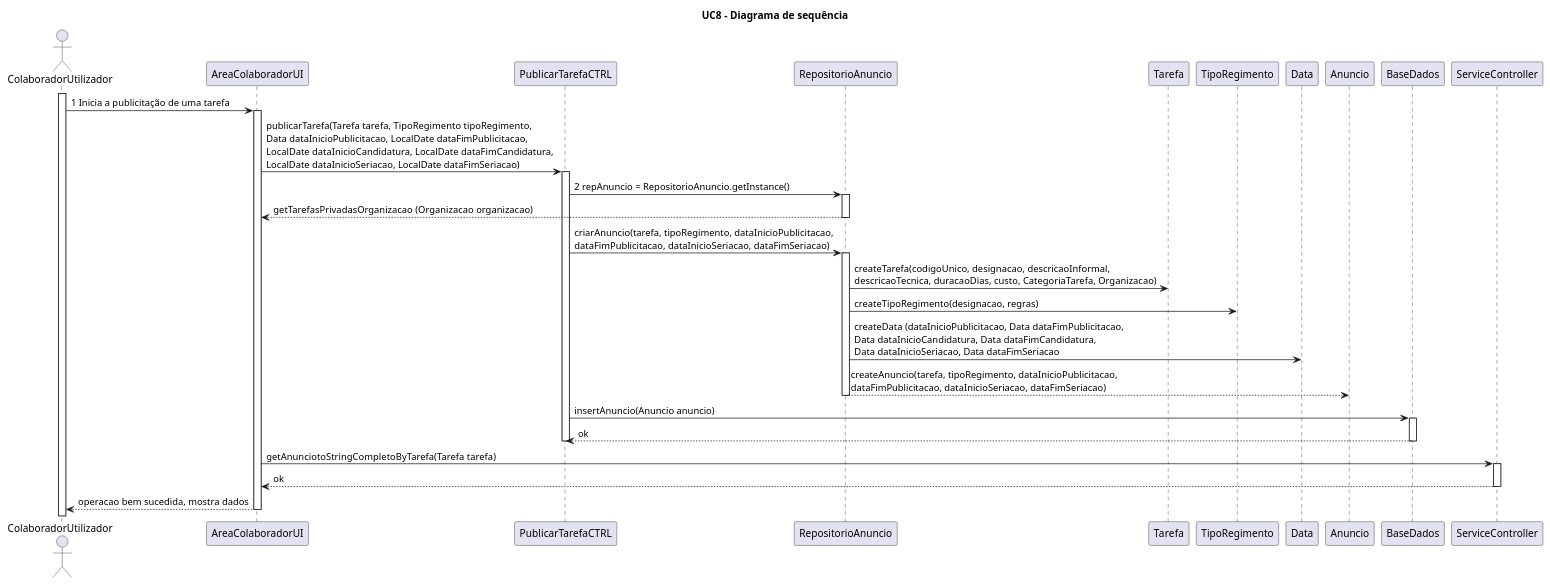
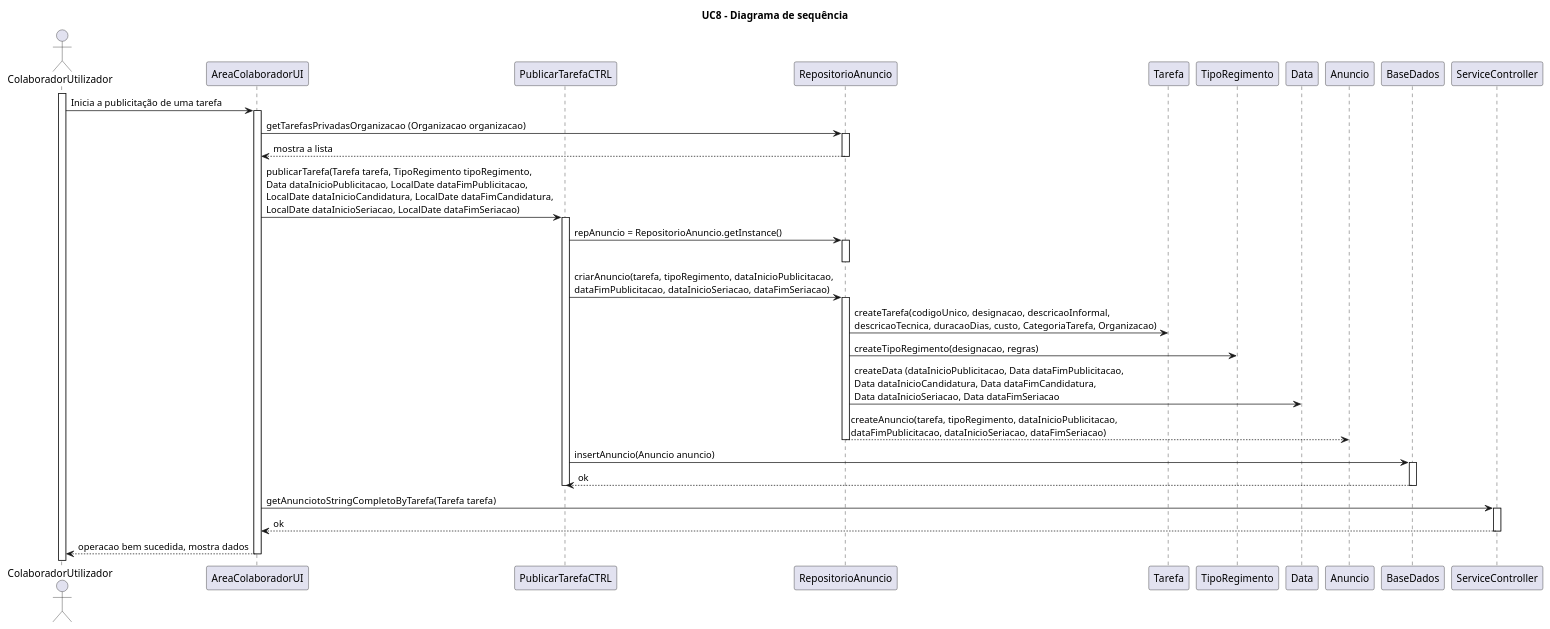
The diagram in Análise/UC8_Publicar_Tarefa/UC8_SD/UC8_DS/UC8_DS.wsd (pedro-miguez/upskill_java1_labprg_grupo3), drawn with PlantUML before and after one commit. The commit also changed 10 other files, not shown here.

```diff
--- a/Análise/UC8_Publicar_Tarefa/UC8_SD/UC8_DS/UC8_DS.wsd
+++ b/Análise/UC8_Publicar_Tarefa/UC8_SD/UC8_DS/UC8_DS.wsd
@@ -1,41 +1,44 @@
 @startuml
 
 title UC8 - Diagrama de sequência
 
 actor ColaboradorUtilizador
 participant AreaColaboradorUI
 participant PublicarTarefaCTRL
 
 activate ColaboradorUtilizador
-ColaboradorUtilizador -> AreaColaboradorUI: 1 Inicia a publicitação de uma tarefa
+ColaboradorUtilizador -> AreaColaboradorUI: Inicia a publicitação de uma tarefa
 activate AreaColaboradorUI
+AreaColaboradorUI -> RepositorioAnuncio : getTarefasPrivadasOrganizacao (Organizacao organizacao)
+activate RepositorioAnuncio
+RepositorioAnuncio --> AreaColaboradorUI : mostra a lista
+deactivate RepositorioAnuncio
 AreaColaboradorUI -> PublicarTarefaCTRL : publicarTarefa(Tarefa tarefa, TipoRegimento tipoRegimento,\nData dataInicioPublicitacao, LocalDate dataFimPublicitacao,\nLocalDate dataInicioCandidatura, LocalDate dataFimCandidatura,\nLocalDate dataInicioSeriacao, LocalDate dataFimSeriacao)
 activate PublicarTarefaCTRL
-PublicarTarefaCTRL -> RepositorioAnuncio: 2 repAnuncio = RepositorioAnuncio.getInstance()
+PublicarTarefaCTRL -> RepositorioAnuncio: repAnuncio = RepositorioAnuncio.getInstance()
 activate RepositorioAnuncio
-RepositorioAnuncio --> AreaColaboradorUI : getTarefasPrivadasOrganizacao (Organizacao organizacao)
 deactivate RepositorioAnuncio
 PublicarTarefaCTRL -> RepositorioAnuncio :  criarAnuncio(tarefa, tipoRegimento, dataInicioPublicitacao,\ndataFimPublicitacao, dataInicioSeriacao, dataFimSeriacao)
 activate RepositorioAnuncio
 RepositorioAnuncio -> Tarefa : createTarefa(codigoUnico, designacao, descricaoInformal,\ndescricaoTecnica, duracaoDias, custo, CategoriaTarefa, Organizacao)
 RepositorioAnuncio -> TipoRegimento : createTipoRegimento(designacao, regras)
 RepositorioAnuncio -> Data : createData (dataInicioPublicitacao, Data dataFimPublicitacao,\nData dataInicioCandidatura, Data dataFimCandidatura,\nData dataInicioSeriacao, Data dataFimSeriacao
 RepositorioAnuncio --> Anuncio : createAnuncio(tarefa, tipoRegimento, dataInicioPublicitacao,\ndataFimPublicitacao, dataInicioSeriacao, dataFimSeriacao)
 deactivate RepositorioAnuncio
 PublicarTarefaCTRL -> BaseDados : insertAnuncio(Anuncio anuncio)
 activate BaseDados
 BaseDados --> PublicarTarefaCTRL : ok
 deactivate BaseDados
 deactivate PublicarTarefaCTRL
 AreaColaboradorUI -> ServiceController : getAnunciotoStringCompletoByTarefa(Tarefa tarefa)
 activate ServiceController
 ServiceController --> AreaColaboradorUI : ok
 deactivate ServiceController
 AreaColaboradorUI --> ColaboradorUtilizador : operacao bem sucedida, mostra dados
 deactivate AreaColaboradorUI
 
 
 
 
 
 @enduml
```
